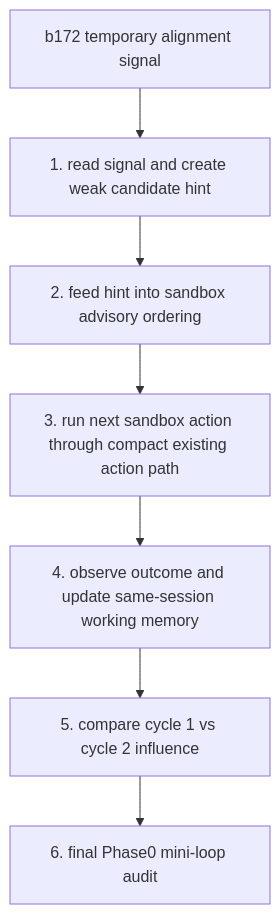
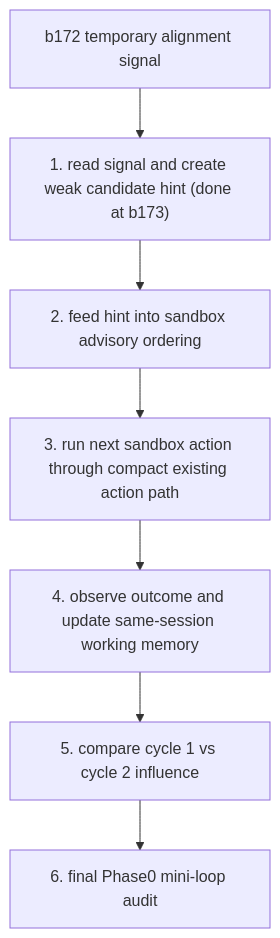
The diagram in docs/phase0_minimal_learning_action_memory_loop_plan.md (DeifiedXE/ashl_core_lab_v0), drawn with Mermaid before and after one commit. The commit also changed other lines of this file and 11 other files, not shown here.

Commit message:
Add thought memory action signal readback candidate hints

````diff
--- a/docs/phase0_minimal_learning_action_memory_loop_plan.md
+++ b/docs/phase0_minimal_learning_action_memory_loop_plan.md
@@ -94,9 +108,9 @@
 ```mermaid
 flowchart TD
-    A["b172 temporary alignment signal"] --> B["1. read signal and create weak candidate hint"]
+    A["b172 temporary alignment signal"] --> B["1. read signal and create weak candidate hint (done at b173)"]
     B --> C["2. feed hint into sandbox advisory ordering"]
     C --> D["3. run next sandbox action through compact existing action path"]
     D --> E["4. observe outcome and update same-session working memory"]
     E --> F["5. compare cycle 1 vs cycle 2 influence"]
     F --> G["6. final Phase0 mini-loop audit"]
 ```
````
